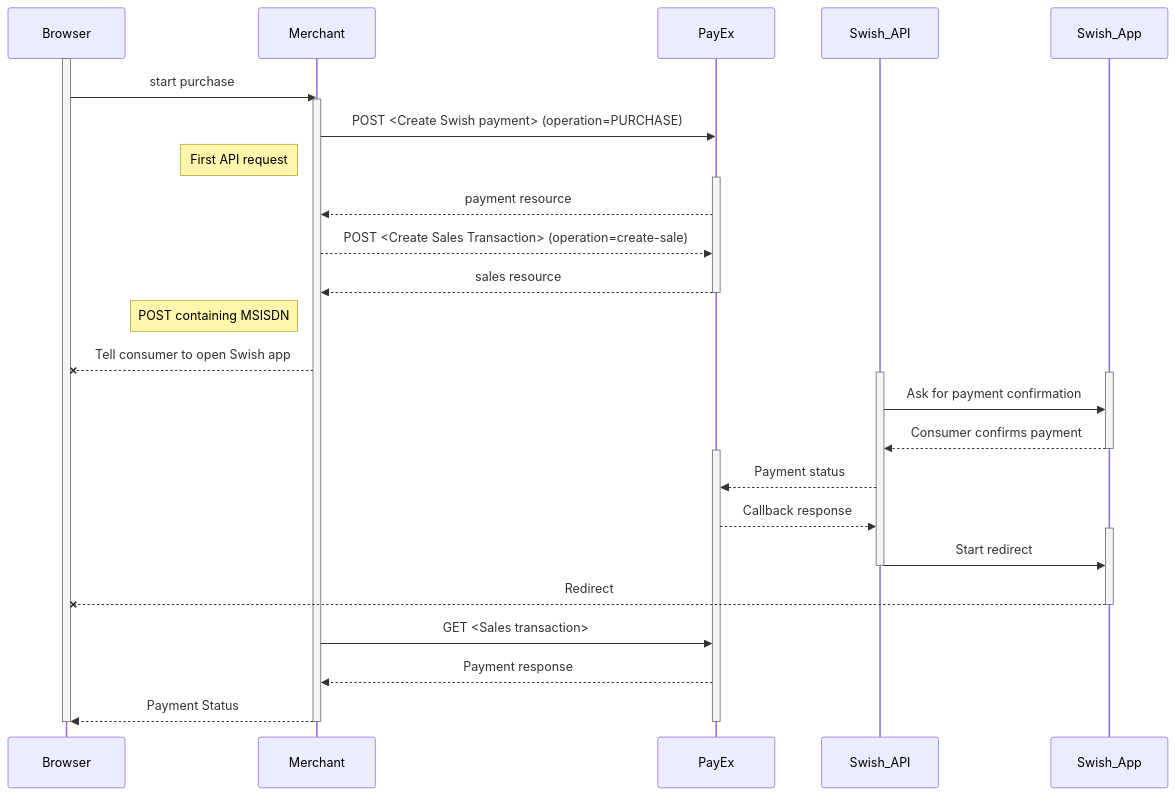
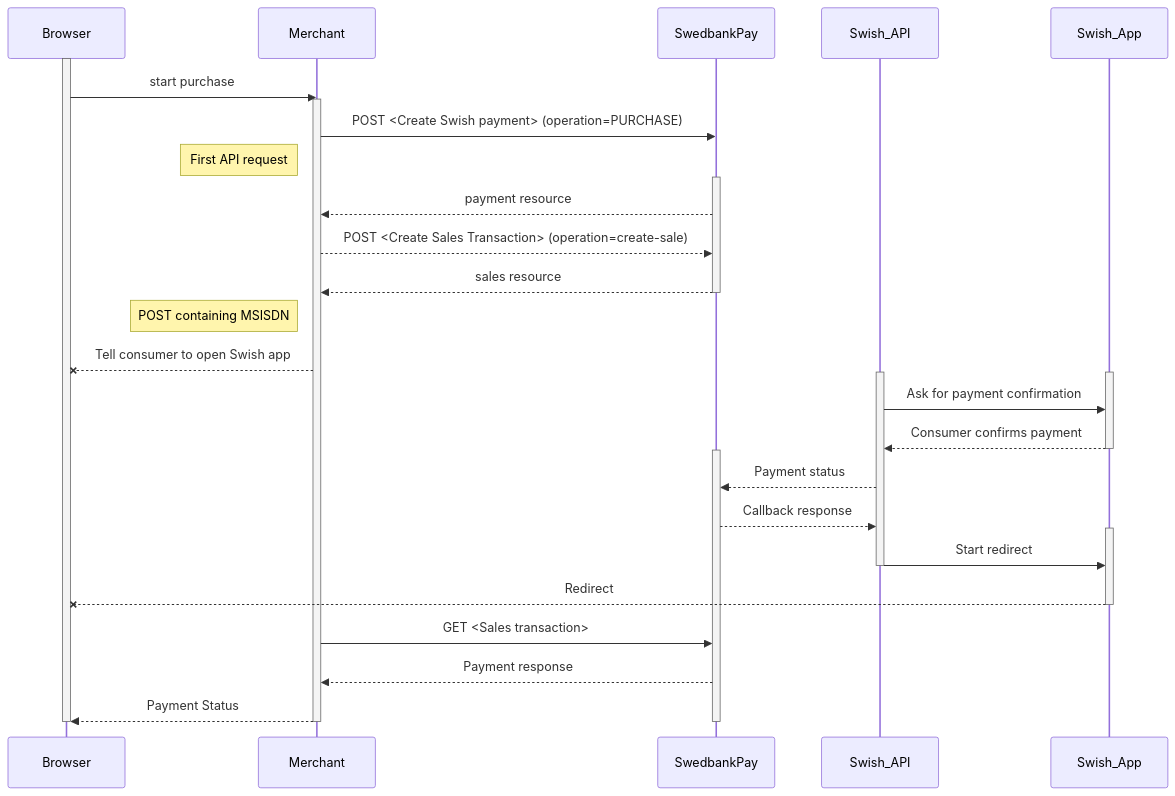
One commit to SwedbankPay/developer.swedbankpay.com changed the first of 2 diagrams in payments/swish/seamless-view.md. Above: the diagram before and after it, drawn with Mermaid. The commit also changed other lines of this file and 4 other files, not shown here.

Commit message:
DX-415 Indent fix, typo fix, diagram fix

````diff
--- a/payments/swish/seamless-view.md
+++ b/payments/swish/seamless-view.md
@@ -73,39 +69,39 @@
 ```mermaid
 sequenceDiagram
   activate Browser
   Browser->>Merchant: start purchase
   activate Merchant
-  Merchant->>PayEx: POST <Create Swish payment> (operation=PURCHASE)
+  Merchant->>SwedbankPay: POST <Create Swish payment> (operation=PURCHASE)
   note left of Merchant: First API request
-  activate PayEx
-  PayEx-->>Merchant: payment resource
+  activate SwedbankPay
+  SwedbankPay-->>Merchant: payment resource
 
-  Merchant-->>PayEx: POST <Create Sales Transaction> (operation=create-sale)
-  PayEx-->>Merchant: sales resource
-  deactivate PayEx
+  Merchant-->>SwedbankPay: POST <Create Sales Transaction> (operation=create-sale)
+  SwedbankPay-->>Merchant: sales resource
+  deactivate SwedbankPay
 
   note left of Merchant: POST containing MSISDN
   Merchant--xBrowser: Tell consumer to open Swish app
 
   activate Swish_API
   activate Swish_App
   Swish_API->>Swish_App: Ask for payment confirmation
   Swish_App-->>Swish_API: Consumer confirms payment
   deactivate Swish_App
 
-  activate PayEx
-  Swish_API-->>PayEx: Payment status
-  PayEx-->>Swish_API: Callback response
+  activate SwedbankPay
+  Swish_API-->>SwedbankPay: Payment status
+  SwedbankPay-->>Swish_API: Callback response
   activate Swish_App
   Swish_API->>Swish_App: Start redirect
   deactivate Swish_API
 
   Swish_App--xBrowser: Redirect
   deactivate Swish_App
-  Merchant->>PayEx: GET <Sales transaction>
-  PayEx-->>Merchant: Payment response
+  Merchant->>SwedbankPay: GET <Sales transaction>
+  SwedbankPay-->>Merchant: Payment response
   Merchant-->>Browser: Payment Status
   deactivate Merchant
   deactivate Browser
-  deactivate PayEx
+  deactivate SwedbankPay
 ```
````
